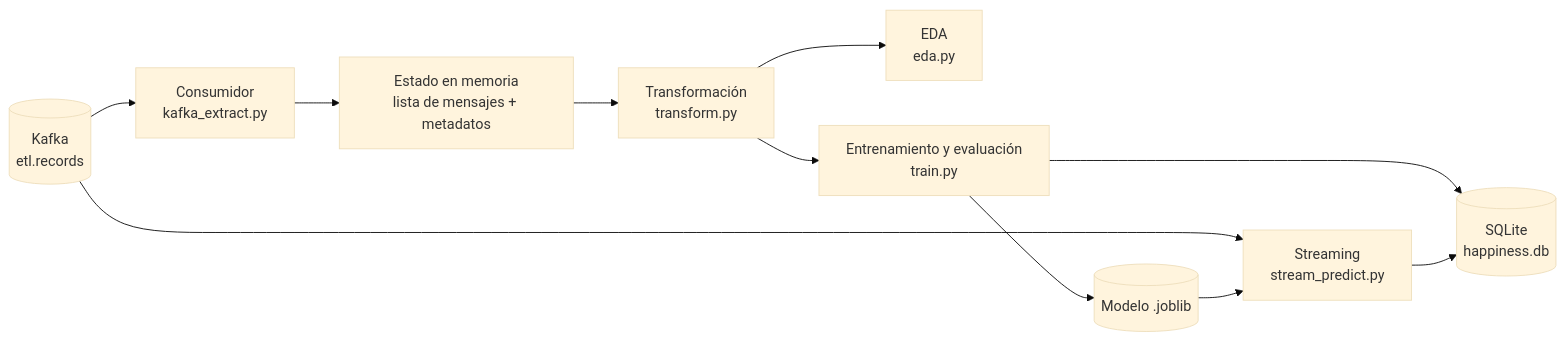
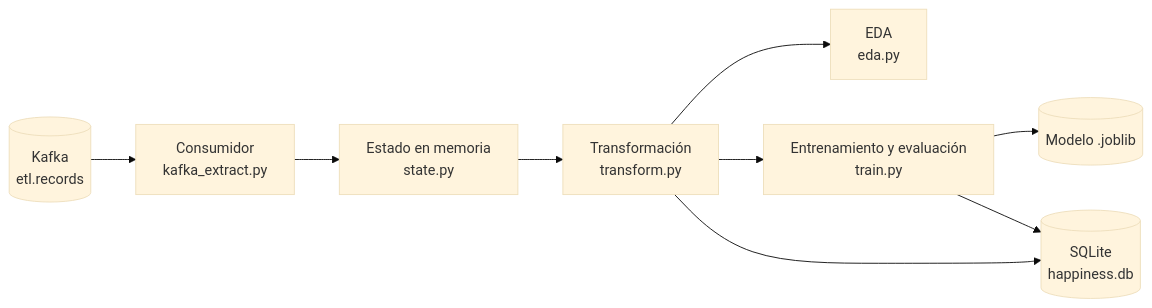
One commit to yurani-duque/WORKSHOP_3 changed the diagram in README.md. Above: the diagram before and after it, drawn with Mermaid (base theme). The commit also changed other lines of this file, not shown here.

````diff
--- a/README.md
+++ b/README.md
@@ -9,13 +13,11 @@
 ```mermaid
 flowchart LR
     K[(Kafka<br/>etl.records)] --> C[Consumidor<br/>kafka_extract.py]
-    C --> M[Estado en memoria<br/>lista de mensajes + metadatos]
+    C --> M[Estado en memoria<br/>state.py]
     M --> T[Transformación<br/>transform.py]
     T --> E[EDA<br/>eda.py]
     T --> TR[Entrenamiento y evaluación<br/>train.py]
     TR --> MD[(Modelo .joblib)]
-    TR --> DB[(SQLite<br/>happiness.db)]
-    K --> S[Streaming<br/>stream_predict.py]
-    MD --> S
-    S --> DB
+    T --> DB[(SQLite<br/>happiness.db)]
+    TR --> DB
 ```
````
